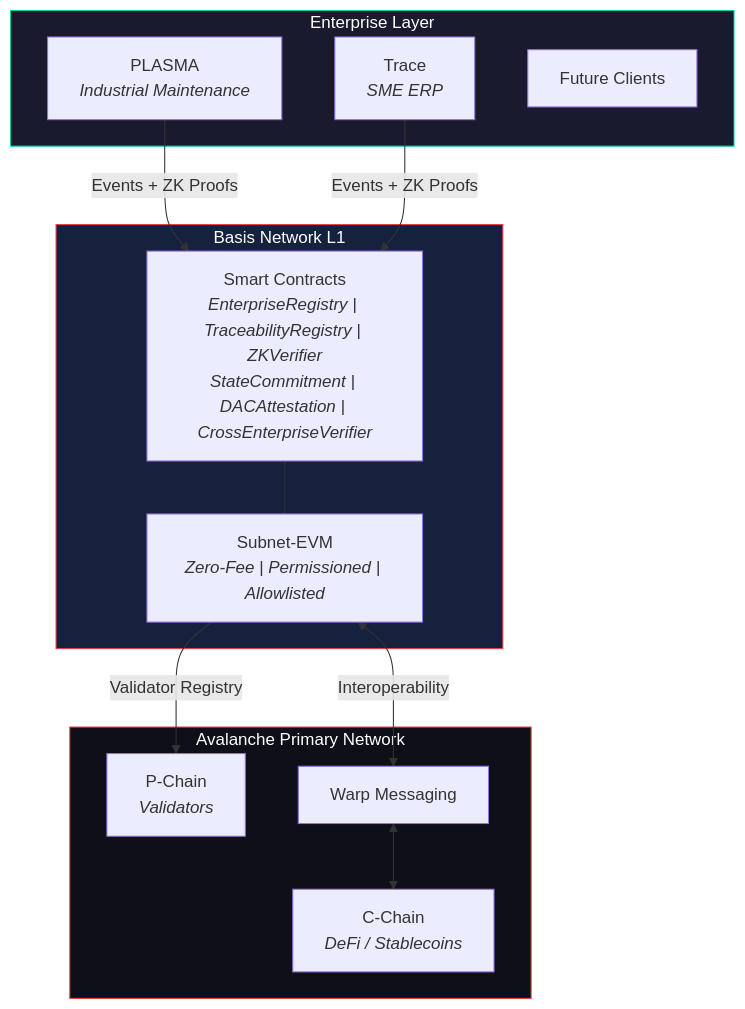
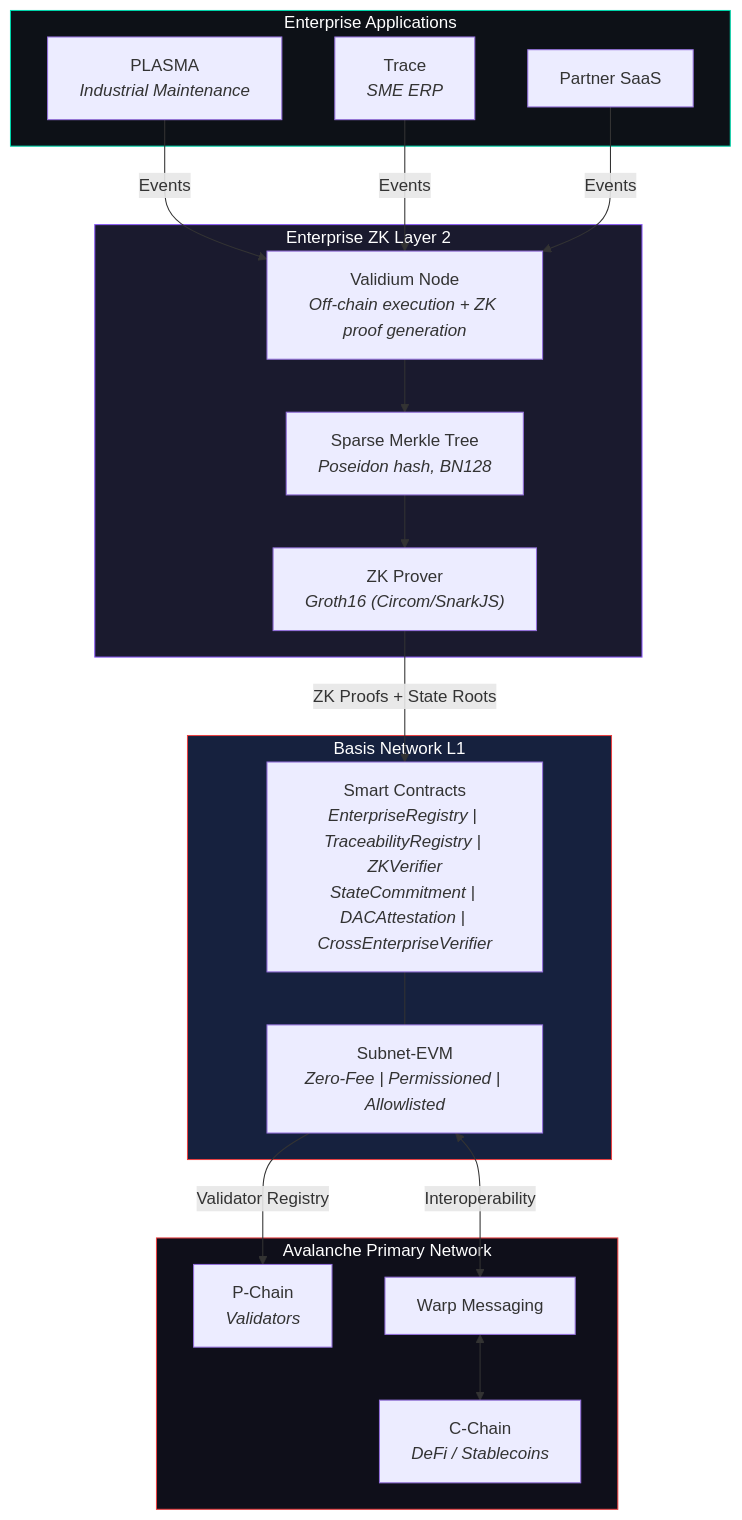
One commit to sebastian-quintero-osorio/basis-network changed the first of 3 diagrams in README.md. Above: the diagram before and after it, drawn with Mermaid. The commit also changed other lines of this file and 17 other files, not shown here.

````diff
--- a/README.md
+++ b/README.md
@@ -37,30 +50,41 @@
 ```mermaid
 graph TB
-    subgraph L3["Enterprise Layer"]
+    subgraph L4["Enterprise Applications"]
         E1["PLASMA<br/><i>Industrial Maintenance</i>"]
         E2["Trace<br/><i>SME ERP</i>"]
-        E3["Future Clients"]
+        E3["Partner SaaS"]
+    end
+
+    subgraph L3["Enterprise ZK Layer 2"]
+        VN["Validium Node<br/><i>Off-chain execution + ZK proof generation</i>"]
+        SMT["Sparse Merkle Tree<br/><i>Poseidon hash, BN128</i>"]
+        PR["ZK Prover<br/><i>Groth16 (Circom/SnarkJS)</i>"]
     end
 
     subgraph L2["Basis Network L1"]
         SC["Smart Contracts<br/><i>EnterpriseRegistry | TraceabilityRegistry | ZKVerifier<br/>StateCommitment | DACAttestation | CrossEnterpriseVerifier</i>"]
         VM["Subnet-EVM<br/><i>Zero-Fee | Permissioned | Allowlisted</i>"]
     end
 
     subgraph L1["Avalanche Primary Network"]
         PC["P-Chain<br/><i>Validators</i>"]
         CC["C-Chain<br/><i>DeFi / Stablecoins</i>"]
         AWM["Warp Messaging"]
     end
 
-    E1 -->|"Events + ZK Proofs"| SC
-    E2 -->|"Events + ZK Proofs"| SC
+    E1 -->|"Events"| VN
+    E2 -->|"Events"| VN
+    E3 -->|"Events"| VN
+    VN --> SMT
+    SMT --> PR
+    PR -->|"ZK Proofs + State Roots"| SC
     SC --- VM
     VM -->|"Validator Registry"| PC
     VM <-->|"Interoperability"| AWM
     AWM <--> CC
 
-    style L3 fill:#1a1a2e,stroke:#00d4aa,color:#fff
+    style L4 fill:#0d1117,stroke:#00d4aa,color:#fff
+    style L3 fill:#1a1a2e,stroke:#8B5CF6,color:#fff
     style L2 fill:#16213e,stroke:#e84142,color:#fff
     style L1 fill:#0f0f1a,stroke:#e84142,color:#fff
 ```
````
